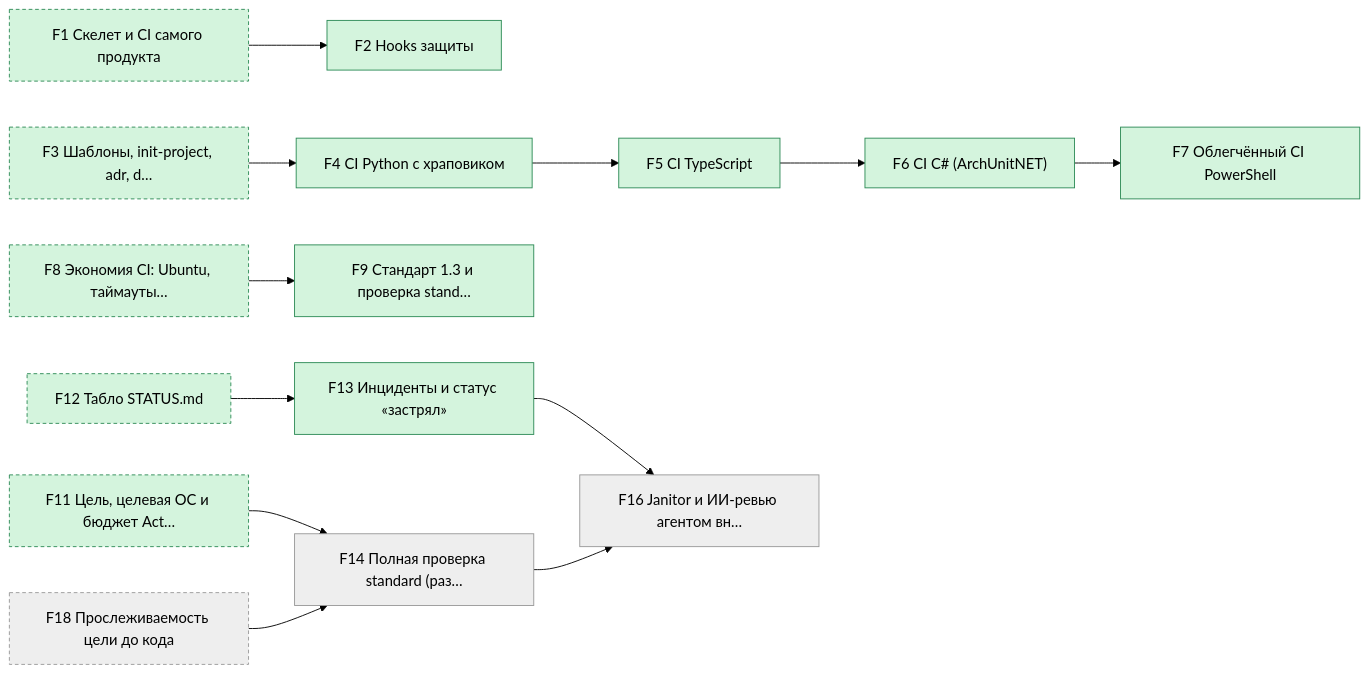
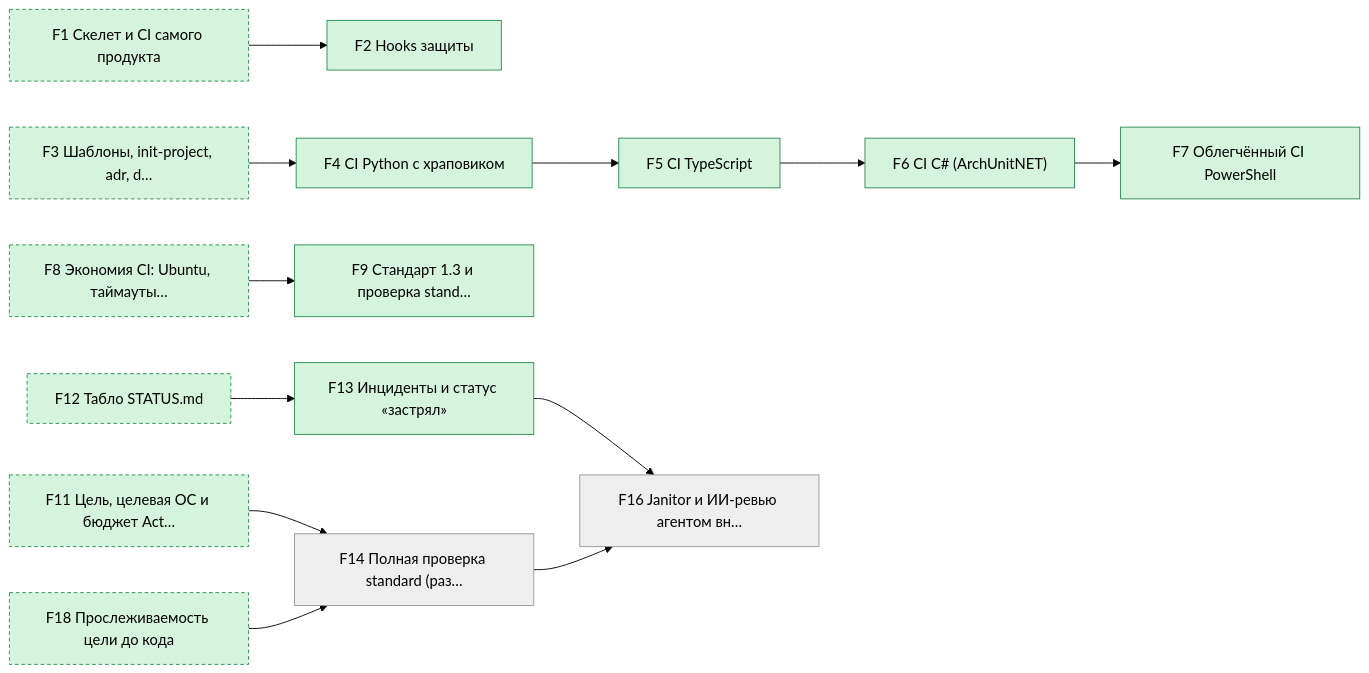
One commit to pete-doc/project-architect changed the second of 6 diagrams in state/STATUS.md. Above: the diagram before and after it, drawn with Mermaid (forest theme). The commit also changed other lines of this file and 2 other files, not shown here.

````diff
--- a/state/STATUS.md
+++ b/state/STATUS.md
@@ -60,37 +60,37 @@
 ```mermaid
 graph LR
   F2["F2 Hooks защиты"]
   F4["F4 CI Python с храповиком"]
   F5["F5 CI TypeScript"]
   F6["F6 CI C# (ArchUnitNET)"]
   F7["F7 Облегчённый CI PowerShell"]
   F9["F9 Стандарт 1.3 и проверка stand…"]
   F13["F13 Инциденты и статус «застрял»"]
   F14["F14 Полная проверка standard (раз…"]
   F16["F16 Janitor и ИИ-ревью агентом вн…"]
   F1["F1 Скелет и CI самого продукта"]
   F3["F3 Шаблоны, init-project, adr, d…"]
   F8["F8 Экономия CI: Ubuntu, таймауты…"]
   F12["F12 Табло STATUS.md"]
   F11["F11 Цель, целевая ОС и бюджет Act…"]
   F18["F18 Прослеживаемость цели до кода"]
   F1 --> F2
   F3 --> F4
   F4 --> F5
   F5 --> F6
   F6 --> F7
   F8 --> F9
   F12 --> F13
   F11 --> F14
   F18 --> F14
   F13 --> F16
   F14 --> F16
   classDef done fill:#d4f4dd,stroke:#2e8b57
   classDef work fill:#fff3c4,stroke:#c79100
   classDef blocked fill:#ffd6d6,stroke:#c0392b
   classDef later fill:#eeeeee,stroke:#999999
   classDef outside stroke-dasharray: 4 3
-  class F2,F4,F5,F6,F7,F9,F13,F1,F3,F8,F12,F11 done
-  class F14,F16,F18 later
+  class F2,F4,F5,F6,F7,F9,F13,F1,F3,F8,F12,F11,F18 done
+  class F14,F16 later
   class F1,F3,F8,F12,F11,F18 outside
 ```
````
